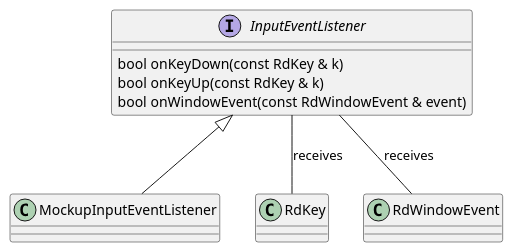
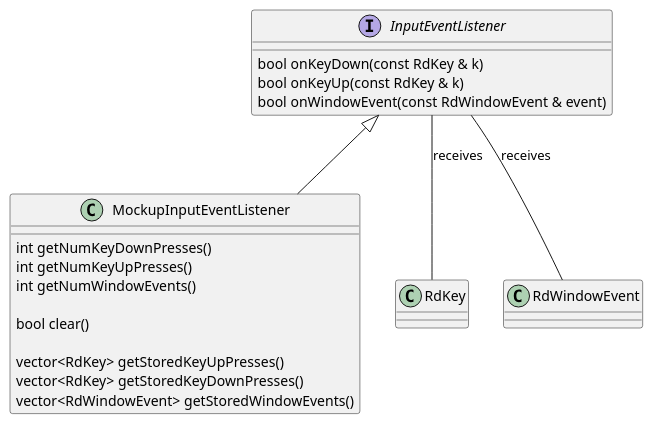
The diagram in en/input-management/listening-to-events.md (asrob-uc3m/robotDevastation-developer-manual), drawn with PlantUML before and after one commit. The commit also changed other lines of this file, not shown here.

Commit message:
Updates en/input-management/listening-to-events.md
Auto commit by GitBook Editor

```diff
--- a/en/input-management/listening-to-events.md
+++ b/en/input-management/listening-to-events.md
@@ -4,14 +4,24 @@
 {% plantuml %}
 interface InputEventListener {
 bool onKeyDown(const RdKey & k)
 bool onKeyUp(const RdKey & k)
 bool onWindowEvent(const RdWindowEvent & event)
 }
 
-class MockupInputEventListener
+class MockupInputEventListener {
+int getNumKeyDownPresses()
+int getNumKeyUpPresses()
+int getNumWindowEvents()
+
+bool clear()
+
+vector<RdKey> getStoredKeyUpPresses()
+vector<RdKey> getStoredKeyDownPresses()
+vector<RdWindowEvent> getStoredWindowEvents()
+}
 class RdKey
 class RdWindowEvent
 InputEventListener <|-- MockupInputEventListener
 InputEventListener -- RdKey : receives
 InputEventListener -- RdWindowEvent : receives
 {% endplantuml %}
```
